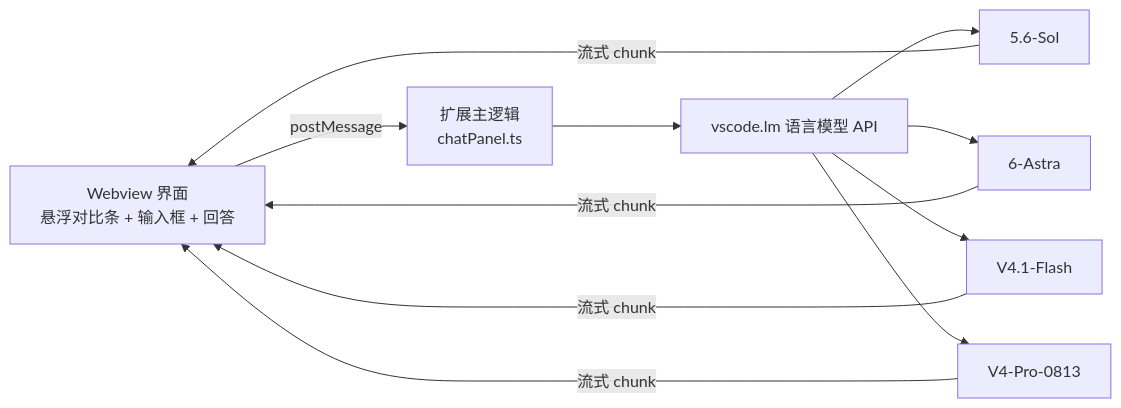
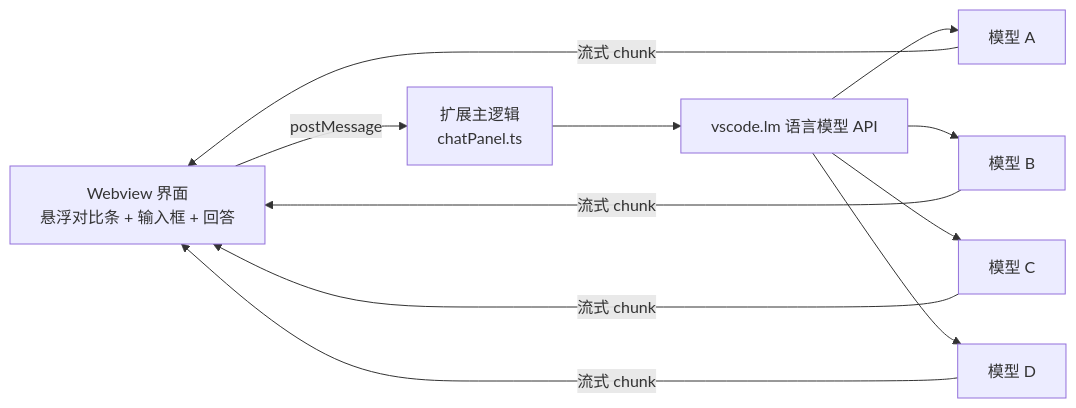
One commit to think2do/VsCode_ModleEvaluation changed the first of 2 diagrams in README.md. Above: the diagram before and after it, drawn with Mermaid. The commit also changed other lines of this file and 8 other files, not shown here.

````diff
--- a/README.md
+++ b/README.md
@@ -175,10 +249,10 @@
 ```mermaid
 flowchart LR
     UI[Webview 界面<br/>悬浮对比条 + 输入框 + 回答] -->|postMessage| EXT[扩展主逻辑<br/>chatPanel.ts]
     EXT --> LM[vscode.lm 语言模型 API]
-    LM --> M1[5.6-Sol]
-    LM --> M2[6-Astra]
-    LM --> M3[V4.1-Flash]
-    LM --> M4[V4-Pro-0813]
+    LM --> M1[模型 A]
+    LM --> M2[模型 B]
+    LM --> M3[模型 C]
+    LM --> M4[模型 D]
     M1 & M2 & M3 & M4 -->|流式 chunk| UI
 ```
````
